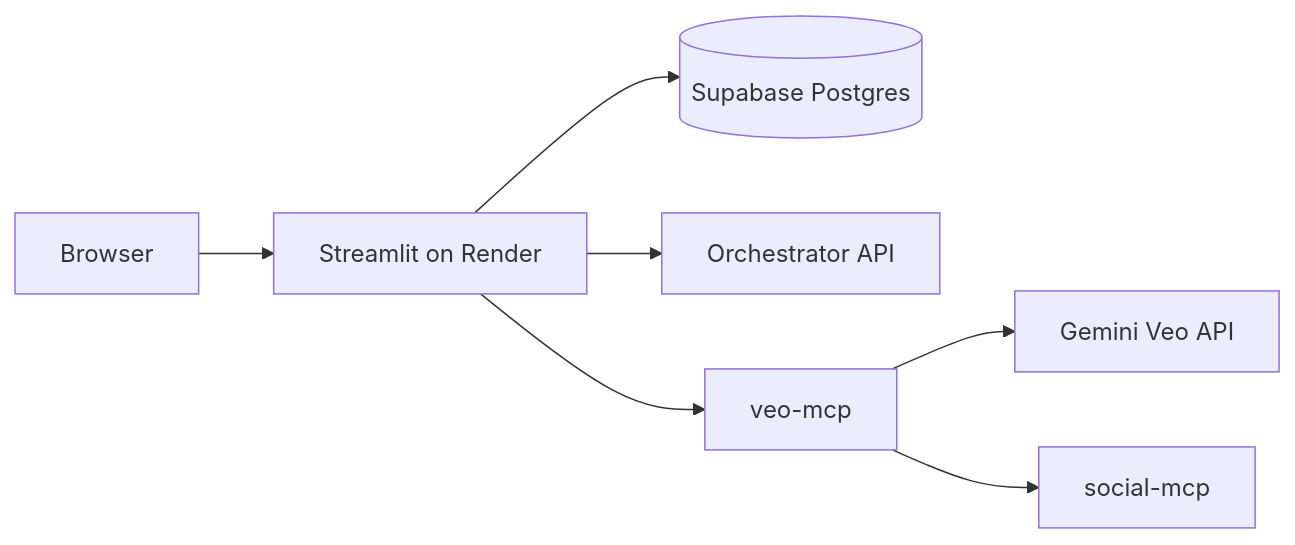
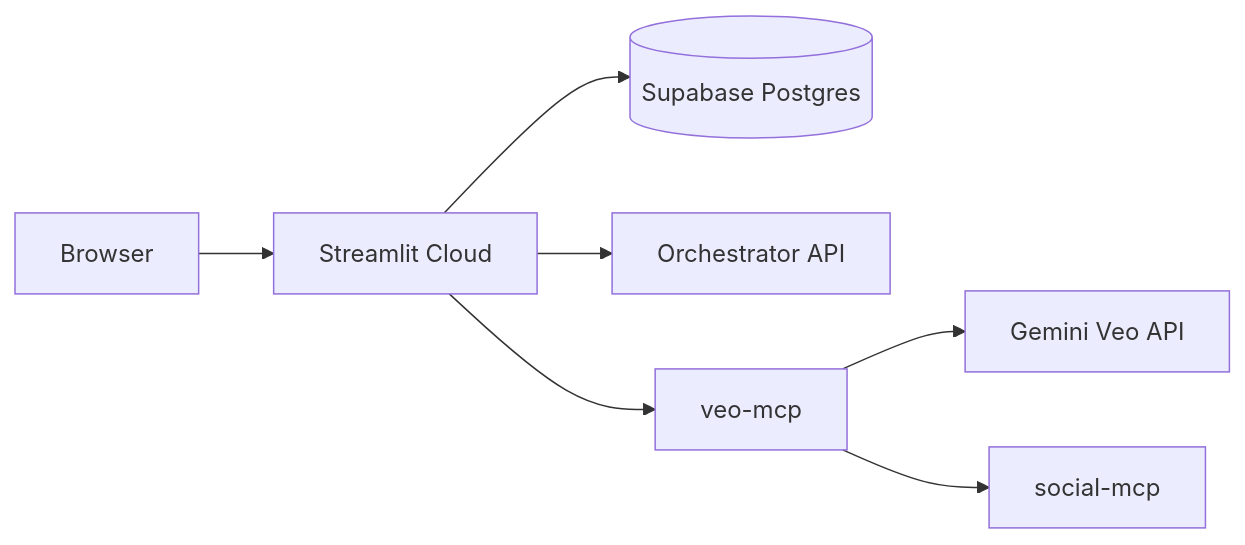
The diagram in docs/DEPLOYMENT.md (narendhrareddi-ship-it/Nivara-AREIS), drawn with Mermaid before and after one commit. The commit also changed other lines of this file and 8 other files, not shown here.

First line of the commit message:
Configure permanent deployment via Streamlit Community Cloud

````diff
--- a/docs/DEPLOYMENT.md
+++ b/docs/DEPLOYMENT.md
@@ -107,9 +107,9 @@
 ```mermaid
 flowchart LR
-    User[Browser] --> Dashboard[Streamlit on Render]
-    Dashboard --> DB[(Supabase Postgres)]
-    Dashboard --> Orch[Orchestrator API]
-    Dashboard --> Veo[veo-mcp]
+    User[Browser] --> SC[Streamlit Cloud]
+    SC --> DB[(Supabase Postgres)]
+    SC --> Orch[Orchestrator API]
+    SC --> Veo[veo-mcp]
     Veo --> Gemini[Gemini Veo API]
     Veo --> Social[social-mcp]
 ```
````
